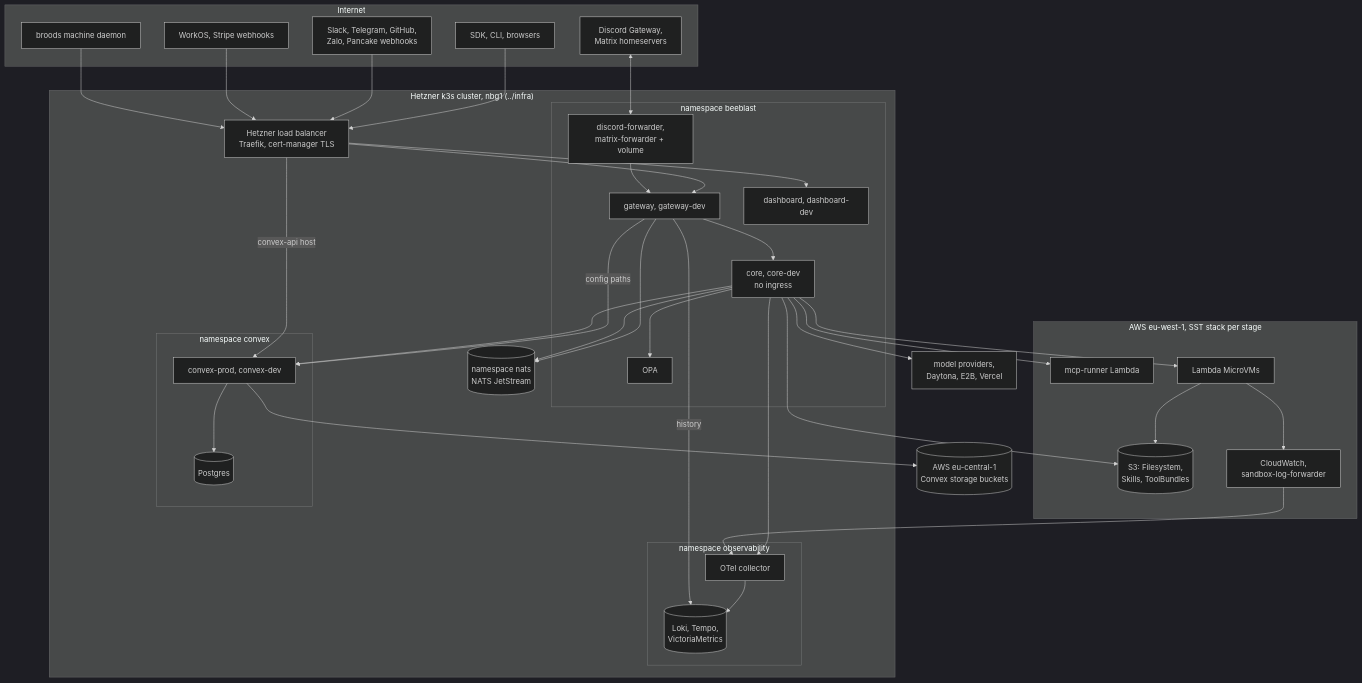
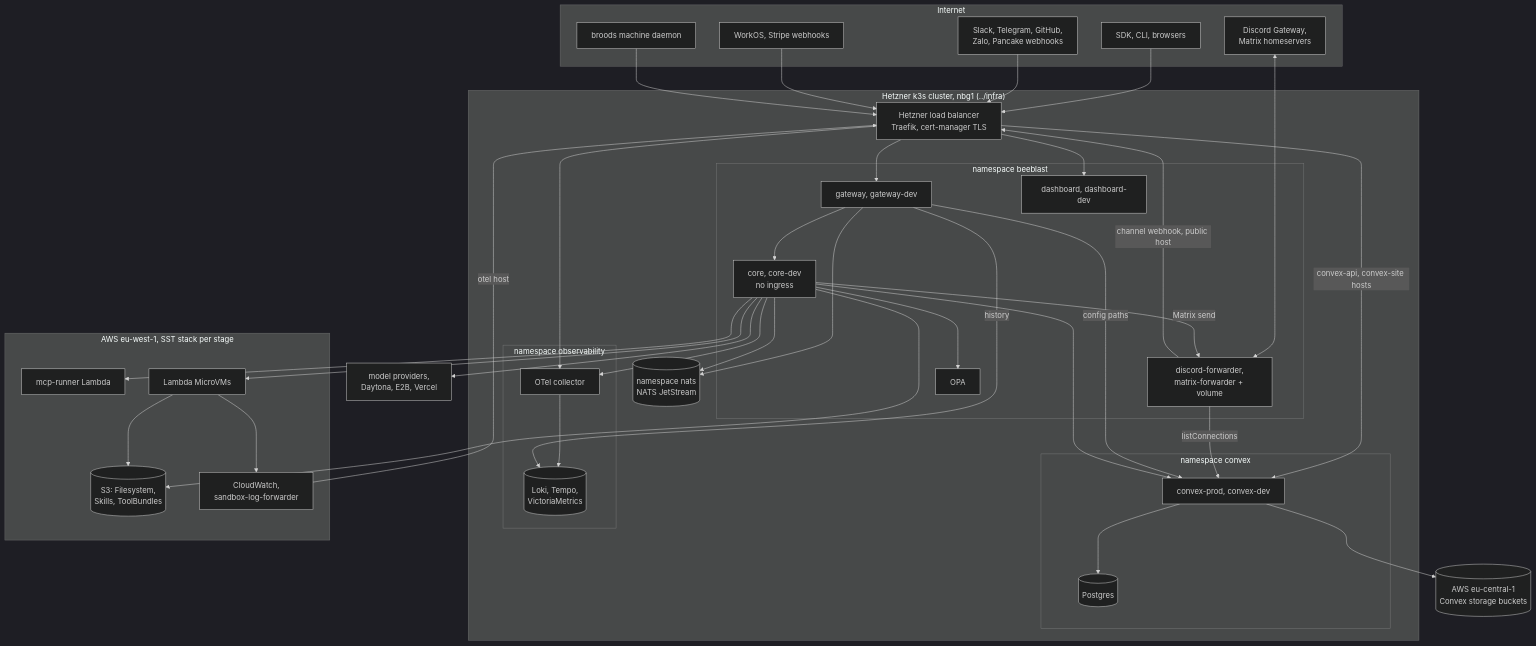
Before and after one commit to beeblastco/broods: the diagram in apps/docs/docs/internals/index.md, drawn with Mermaid (dark theme). The commit also changed other lines of this file and 8 other files, not shown here.

First line of the commit message:
docs: fix internals diagrams that disagreed with the code

````diff
--- a/apps/docs/docs/internals/index.md
+++ b/apps/docs/docs/internals/index.md
@@ -38,75 +38,78 @@
 ```mermaid
 flowchart TB
   subgraph Outside["Internet"]
     Users["SDK, CLI, browsers"]
     Chat["Slack, Telegram, GitHub,<br/>Zalo, Pancake webhooks"]
     SaaS["WorkOS, Stripe webhooks"]
     Machine["broods machine daemon"]
     Sock["Discord Gateway,<br/>Matrix homeservers"]
   end
 
   subgraph K3s["Hetzner k3s cluster, nbg1 (../infra)"]
     Ingress["Hetzner load balancer<br/>Traefik, cert-manager TLS"]
 
     subgraph NsApp["namespace beeblast"]
       GW["gateway, gateway-dev"]
       Dash["dashboard, dashboard-dev"]
       Core["core, core-dev<br/>no ingress"]
       Fwd["discord-forwarder,<br/>matrix-forwarder + volume"]
       OPA["OPA"]
     end
 
     subgraph NsConvex["namespace convex"]
       CVX["convex-prod, convex-dev"]
       PG[("Postgres")]
     end
 
     NATS[("namespace nats<br/>NATS JetStream")]
 
     subgraph NsObs["namespace observability"]
       Otel["OTel collector"]
       Store[("Loki, Tempo,<br/>VictoriaMetrics")]
     end
   end
 
   subgraph AwsData["AWS eu-west-1, SST stack per stage"]
     S3[("S3: Filesystem,<br/>Skills, ToolBundles")]
     MCPR["mcp-runner Lambda"]
     VM["Lambda MicroVMs"]
     CW["CloudWatch,<br/>sandbox-log-forwarder"]
   end
 
   CS3[("AWS eu-central-1<br/>Convex storage buckets")]
   Ext["model providers,<br/>Daytona, E2B, Vercel"]
 
   Users --> Ingress
   Chat --> Ingress
   SaaS --> Ingress
   Machine --> Ingress
   Sock <--> Fwd
 
   Ingress --> GW
   Ingress --> Dash
-  Ingress -->|"convex-api host"| CVX
+  Ingress -->|"convex-api, convex-site hosts"| CVX
 
-  Fwd --> GW
+  Fwd -->|"channel webhook, public host"| Ingress
+  Fwd -->|"listConnections"| CVX
+  Core -->|"Matrix send"| Fwd
   GW --> Core
   GW -->|"config paths"| CVX
   GW --> NATS
   Core --> CVX
   Core --> NATS
   Core --> OPA
   Core --> Otel
   Otel --> Store
   GW -->|"history"| Store
   CVX --> PG
   CVX --> CS3
 
   Core --> S3
   Core --> MCPR
   Core --> VM
   Core --> Ext
   VM --> S3
   VM --> CW
-  CW --> Otel
+  CW -->|"otel host"| Ingress
+  Ingress --> Otel
 ```
````
